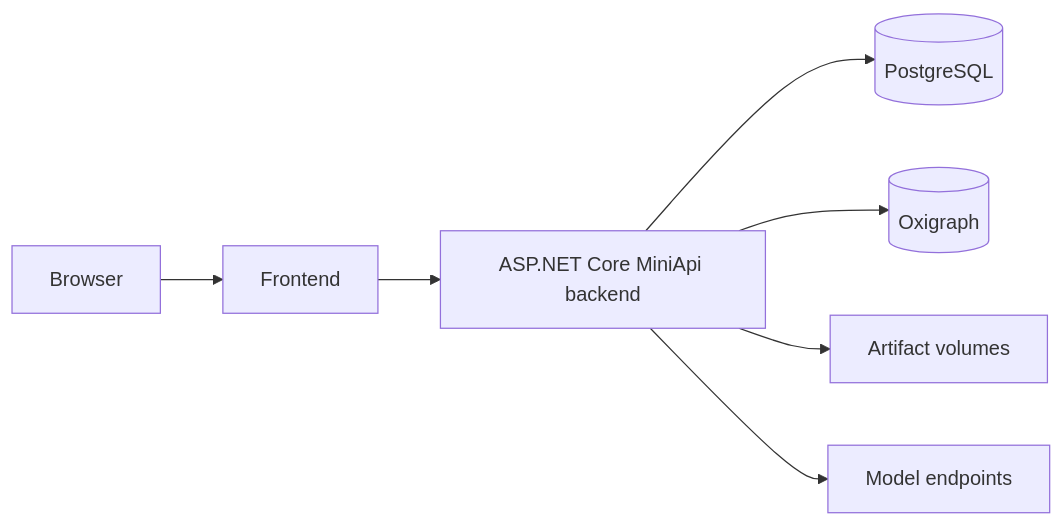
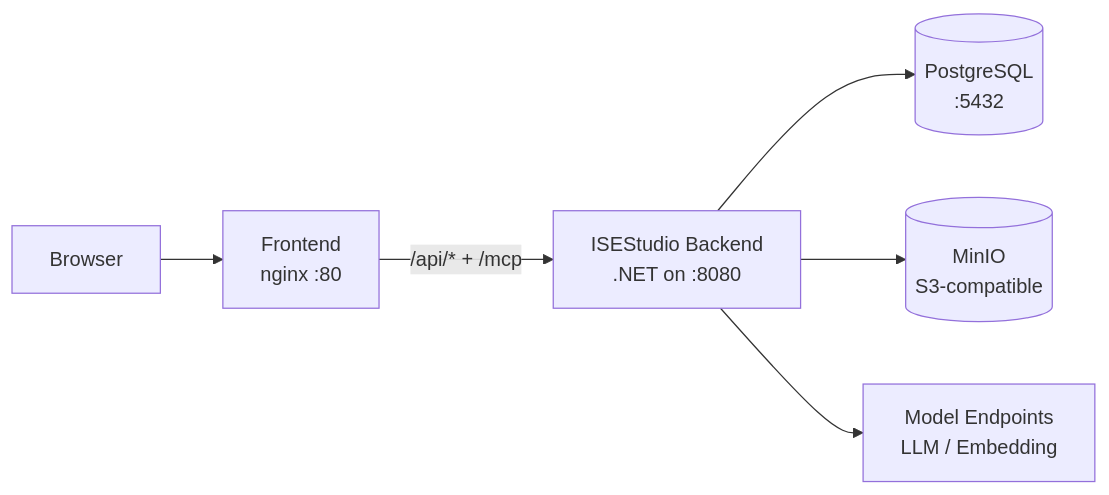
Before and after one commit to mlnethub/isestudio: the diagram in frontend/src/content/docs/en/deployment.md, drawn with Mermaid. The commit also changed other lines of this file and 1 other file, not shown here.

````diff
--- a/frontend/src/content/docs/en/deployment.md
+++ b/frontend/src/content/docs/en/deployment.md
@@ -16,9 +38,8 @@
 ```mermaid
 flowchart LR
-    U[Browser] --> F[Frontend]
-    F --> B[ASP.NET Core MiniApi backend]
-    B --> P[(PostgreSQL)]
-    B --> O[(Oxigraph)]
-    B --> A[Artifact volumes]
-    B --> M[Model endpoints]
+    U[Browser] --> F[Frontend<br/>nginx :80]
+    F -- "/api/* + /mcp" --> B[ISEStudio Backend<br/>.NET on :8080]
+    B --> P[(PostgreSQL<br/>:5432)]
+    B --> M[(MinIO<br/>S3-compatible)]
+    B --> X[Model Endpoints<br/>LLM / Embedding]
 ```
````
